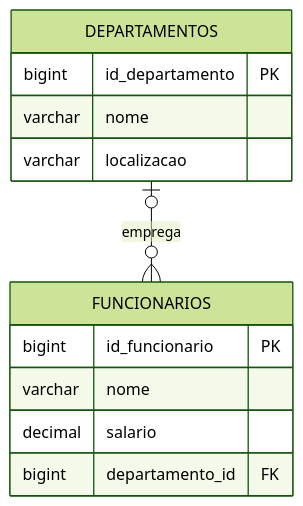
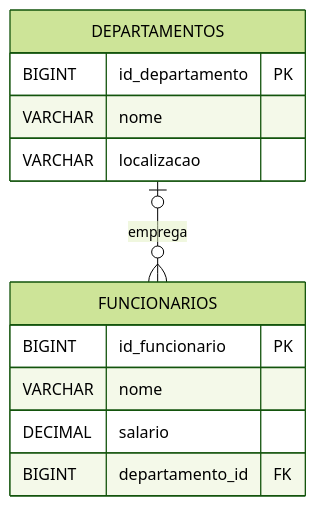
The fifth of 13 diagrams in docs/aulas/Cardinalidade_MER_Completo.md (DSM-Fatec-Jahu/BDR-DSM-2026-2), drawn with Mermaid (forest theme) before and after one commit. The commit also changed other lines of this file and 2 other files, not shown here.

First line of the commit message:
Padroniza tipos SQL em MAIÚSCULAS nos diagramas (Regra 3)

````diff
--- a/docs/aulas/Cardinalidade_MER_Completo.md
+++ b/docs/aulas/Cardinalidade_MER_Completo.md
@@ -288,17 +288,17 @@
 ```mermaid
 erDiagram
     DEPARTAMENTOS {
-        bigint id_departamento PK
-        varchar nome
-        varchar localizacao
+        BIGINT id_departamento PK
+        VARCHAR nome
+        VARCHAR localizacao
     }
 
     FUNCIONARIOS {
-        bigint id_funcionario PK
-        varchar nome
-        decimal salario
-        bigint departamento_id FK
+        BIGINT id_funcionario PK
+        VARCHAR nome
+        DECIMAL salario
+        BIGINT departamento_id FK
     }
 
     DEPARTAMENTOS |o--o{ FUNCIONARIOS : "emprega"
 ```
````
